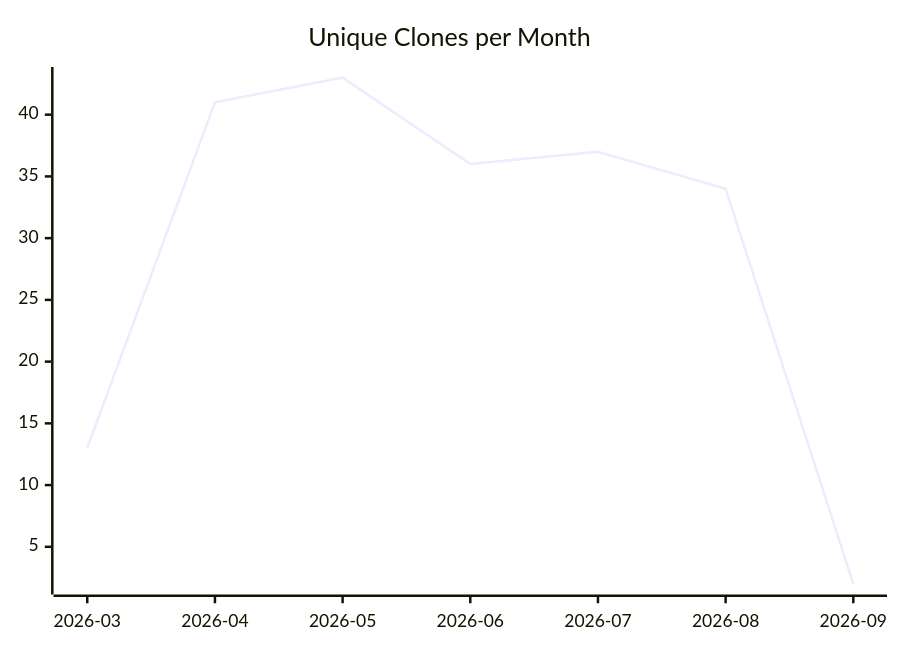
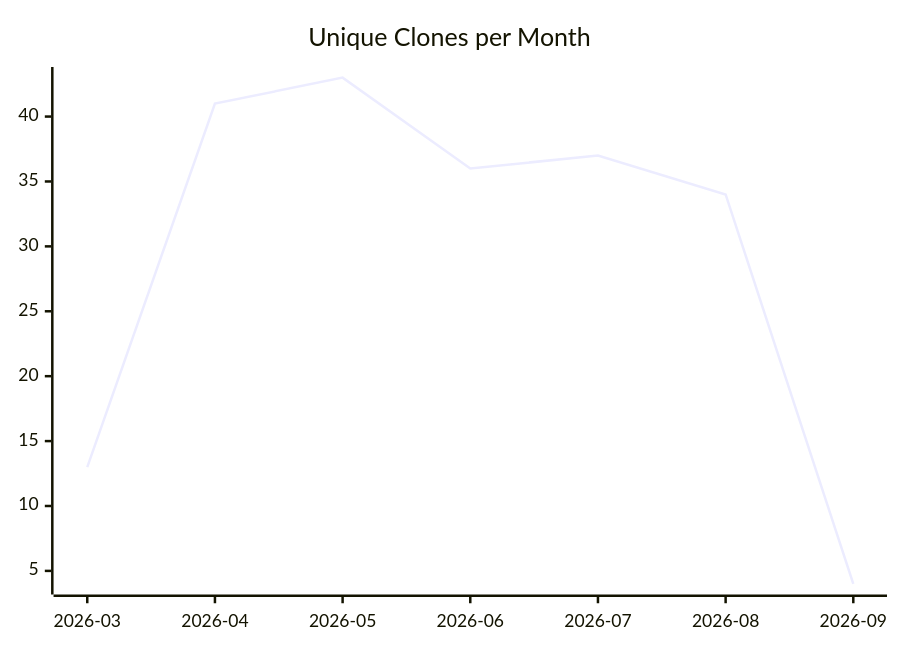
One commit to justdavis-family/github-analytics-data changed the third of 3 diagrams in karlmdavis/usgs-water-api-java/README.md. Above: the diagram before and after it, drawn with Mermaid. The commit also changed other lines of this file and 191 other files, not shown here.

````diff
--- a/karlmdavis/usgs-water-api-java/README.md
+++ b/karlmdavis/usgs-water-api-java/README.md
@@ -19,6 +19,6 @@
 ```mermaid
 xychart-beta
   title "Unique Clones per Month"
   x-axis ["2026-03", "2026-04", "2026-05", "2026-06", "2026-07", "2026-08", "2026-09"]
-  line [13, 41, 43, 36, 37, 34, 2]
+  line [13, 41, 43, 36, 37, 34, 4]
 ```
````
